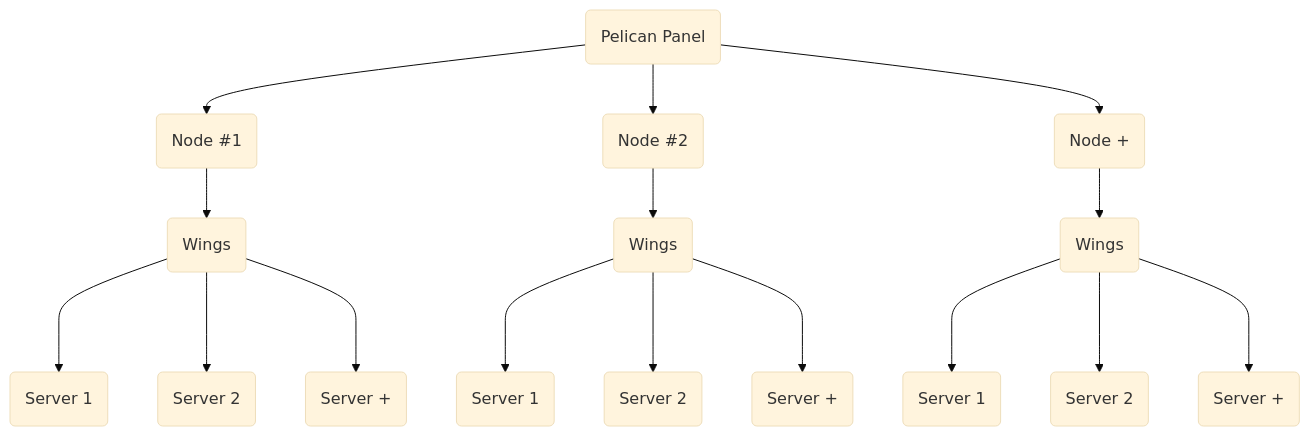
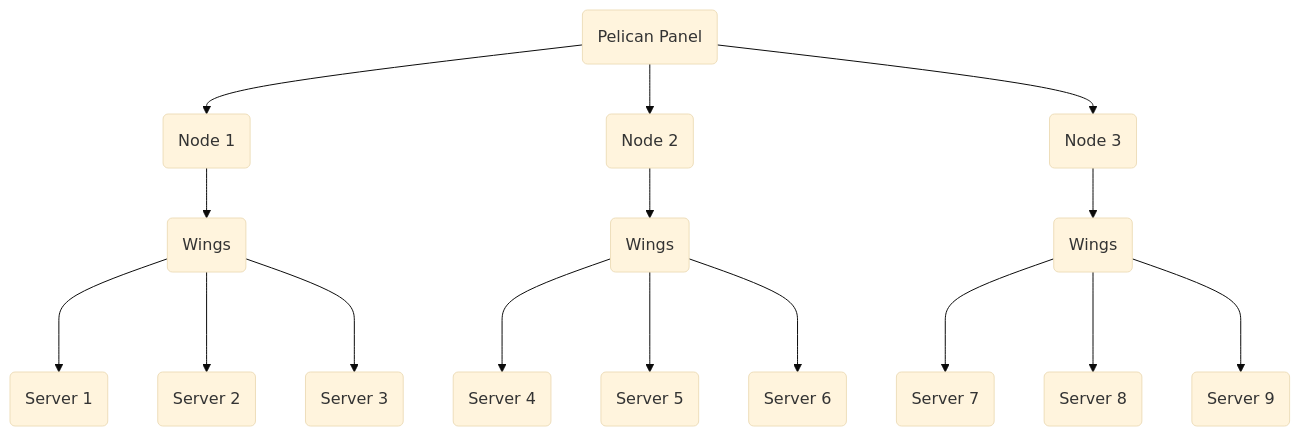
The diagram in docs/glossary.mdx (pelican-dev/docs), drawn with Mermaid (base theme) before and after one commit. The commit also changed 31 other files, not shown here.

````diff
--- a/docs/glossary.mdx
+++ b/docs/glossary.mdx
@@ -34,19 +34,19 @@
 ```mermaid
 flowchart TD
     A(Pelican Panel)
-    A --> B1(Node #1)
-    A --> B2(Node #2)
-    A --> B3(Node +)
+    A --> B1(Node 1)
+    A --> B2(Node 2)
+    A --> B3(Node 3)
     B1 --> W1(Wings)
     B2 --> W2(Wings)
     B3 --> W3(Wings)
-    W3  ---> C1(Server 1)
-    W3  ---> C2(Server 2)
-    W3  ---> C3(Server +)
-    W2  ---> C4(Server 1)
-    W2  ---> C5(Server 2)
-    W2  ---> C6(Server +)
+    W3  ---> C1(Server 7)
+    W3  ---> C2(Server 8)
+    W3  ---> C3(Server 9)
+    W2  ---> C4(Server 4)
+    W2  ---> C5(Server 5)
+    W2  ---> C6(Server 6)
     W1  ---> C7(Server 1)
     W1  ---> C8(Server 2)
-    W1  ---> C9(Server +)
+    W1  ---> C9(Server 3)
 ```
````
